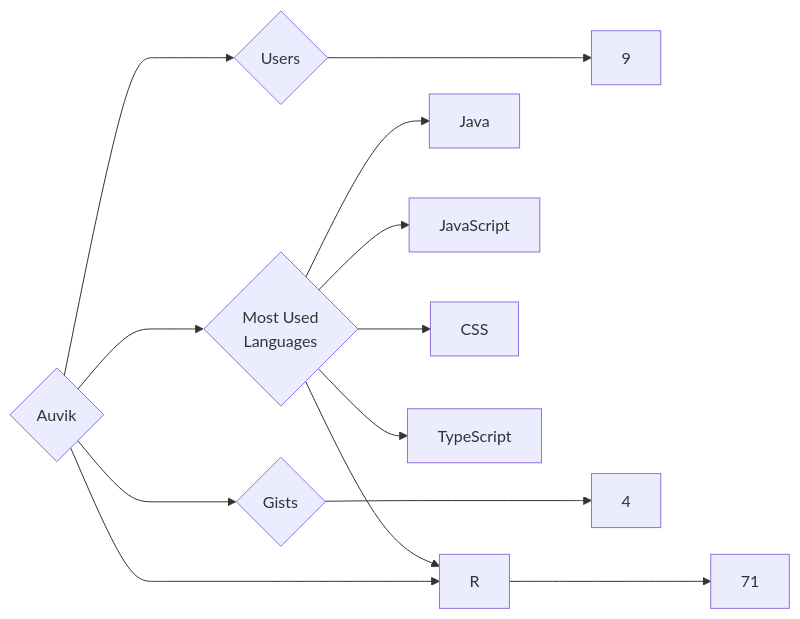
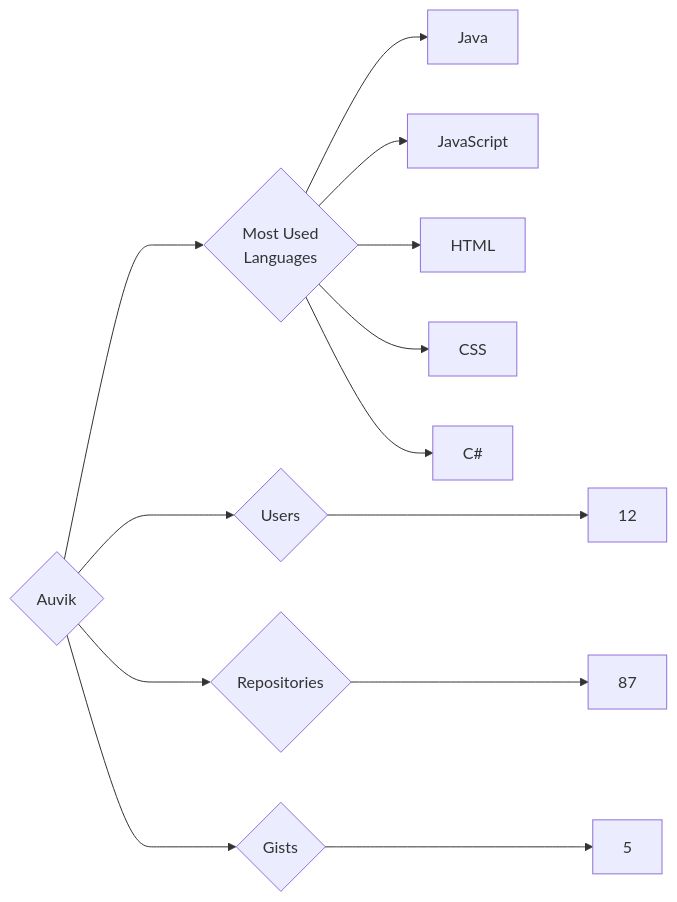
One commit to trickest/insiders changed the diagram in targets/Auvik/README.md. Above: the diagram before and after it, drawn with Mermaid. The commit also changed 440 other files, not shown here.

````diff
--- a/targets/Auvik/README.md
+++ b/targets/Auvik/README.md
@@ -3,13 +3,13 @@
 ```mermaid
 graph LR
 COMPANY_NAME{Auvik}
-COMPANY_NAME ---> U{Users} ---> UN[9]
-COMPANY_NAME ---> R{Repositories} ---> RN[71]
-COMPANY_NAME ---> G{Gists} ---> GN[4]
+COMPANY_NAME ---> U{Users} ---> UN[12]
+COMPANY_NAME ---> R{Repositories} ---> RN[87]
+COMPANY_NAME ---> G{Gists} ---> GN[5]
 COMPANY_NAME ---> ML{Most Used<br>Languages}
 ML --> Java[Java]
 ML --> JavaScript[JavaScript]
-ML --> R[R]
+ML --> HTML[HTML]
 ML --> CSS[CSS]
-ML --> TypeScript[TypeScript]
+ML --> C#[C#]
 ```
````
